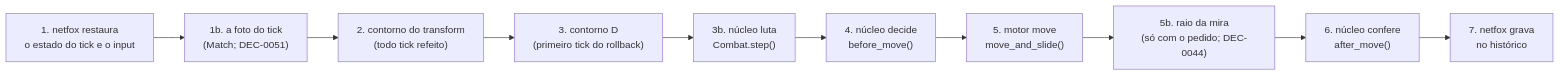
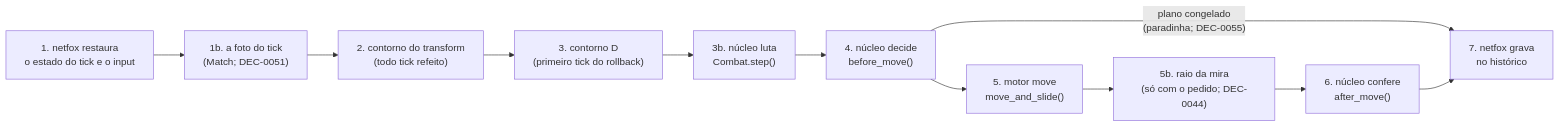
Before and after one commit to Kibryant/jogo-acrobatico: the third of 5 diagrams in docs/arquitetura/visao-geral.md, drawn with Mermaid. The commit also changed other lines of this file and 64 other files, not shown here.

````diff
--- a/docs/arquitetura/visao-geral.md
+++ b/docs/arquitetura/visao-geral.md
@@ -103,12 +104,13 @@
 ```mermaid
 flowchart LR
   r["1. netfox restaura<br/>o estado do tick e o input"] --> f["1b. a foto do tick<br/>(Match; DEC-0051)"]
   f --> t["2. contorno do transform<br/>(todo tick refeito)"]
   t --> d["3. contorno D<br/>(primeiro tick do rollback)"]
   d --> c["3b. núcleo luta<br/>Combat.step()"]
   c --> b["4. núcleo decide<br/>before_move()"]
+  b -- "plano congelado<br/>(paradinha; DEC-0055)" --> g
   b --> m["5. motor move<br/>move_and_slide()"]
   m --> raio["5b. raio da mira<br/>(só com o pedido; DEC-0044)"]
   raio --> a["6. núcleo confere<br/>after_move()"]
   a --> g["7. netfox grava<br/>no histórico"]
 ```
````
